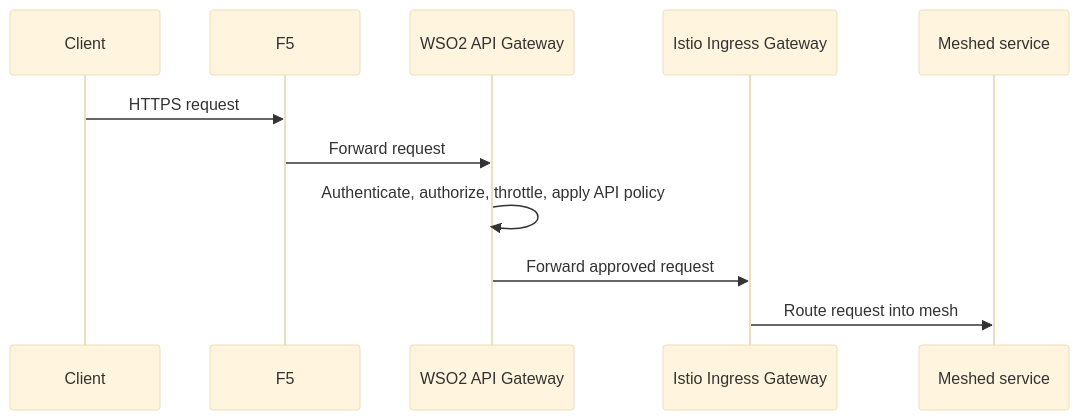
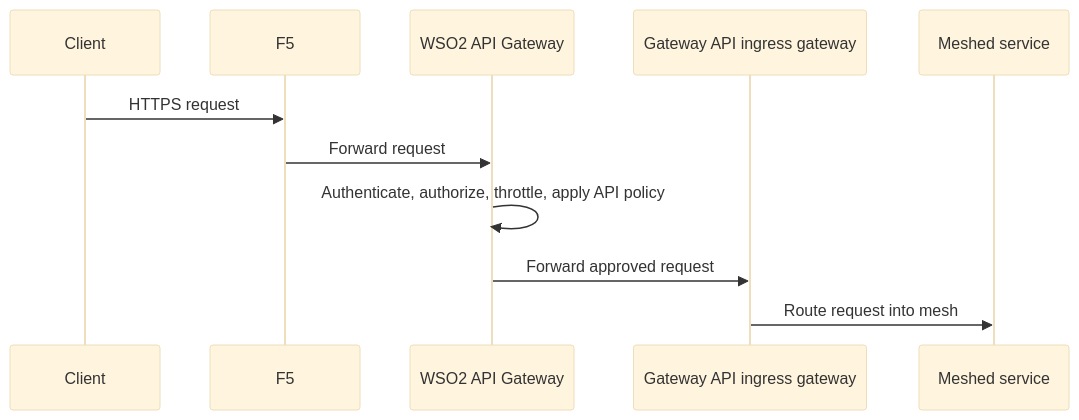
One commit to zeshaq/tutorials-presentations-docs changed the third of 4 diagrams in gateway patterns/03-recommended-pattern-f5-wso2-istio.md. Above: the diagram before and after it, drawn with Mermaid (base theme). The commit also changed other lines of this file and 10 other files, not shown here.

````diff
--- a/gateway patterns/03-recommended-pattern-f5-wso2-istio.md
+++ b/gateway patterns/03-recommended-pattern-f5-wso2-istio.md
@@ -38,14 +45,14 @@
 ```mermaid
 sequenceDiagram
     participant Client as Client
     participant F5 as F5
     participant WSO2 as WSO2 API Gateway
-    participant IGW as Istio Ingress Gateway
+    participant IGW as Gateway API ingress gateway
     participant Svc as Meshed service
 
     Client->>F5: HTTPS request
     F5->>WSO2: Forward request
     WSO2->>WSO2: Authenticate, authorize, throttle, apply API policy
     WSO2->>IGW: Forward approved request
     IGW->>Svc: Route request into mesh
 ```
````
